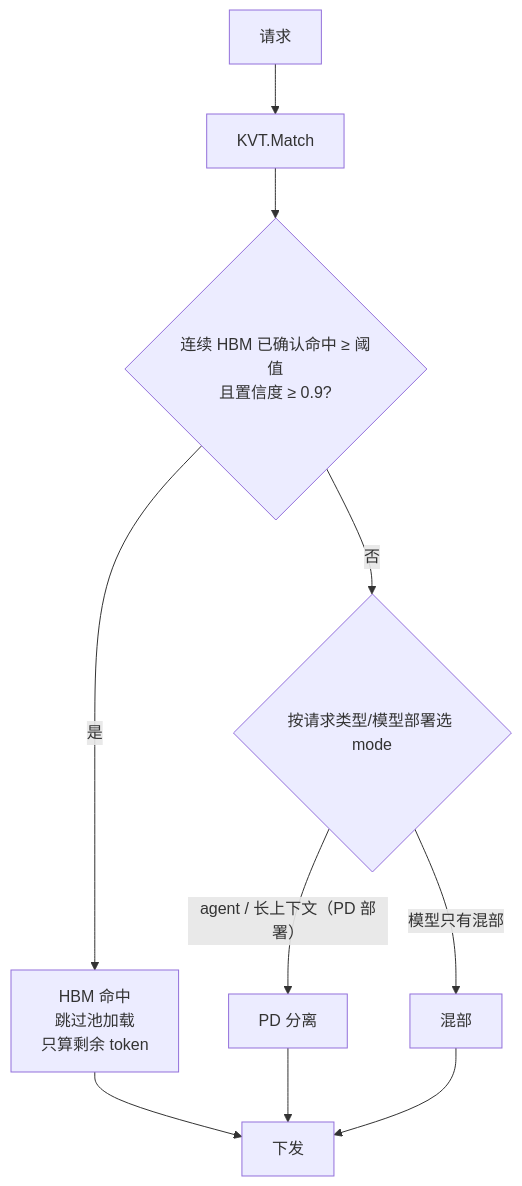
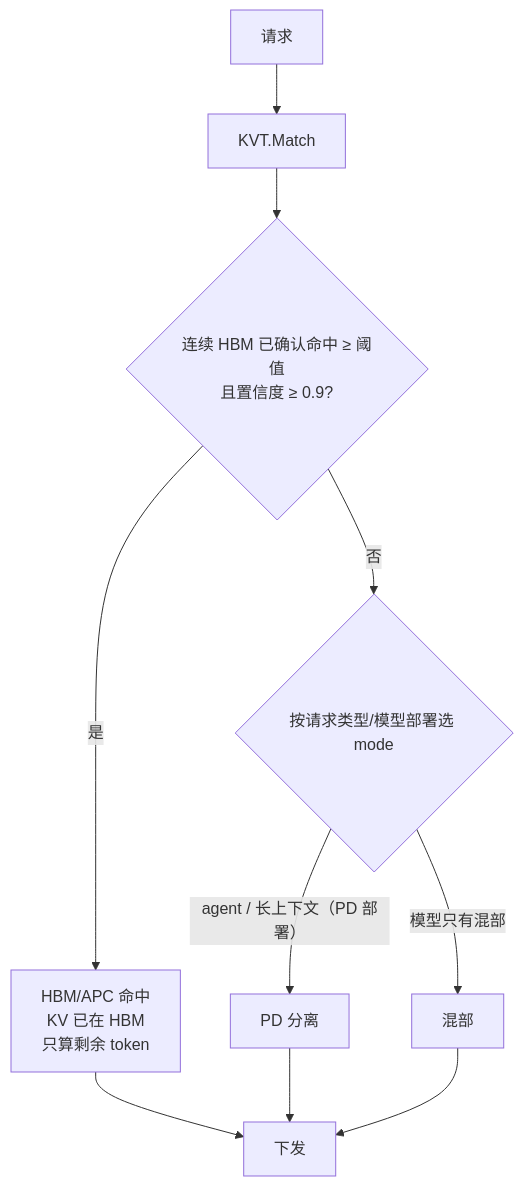
One commit to 5x8-40/lake changed the second of 9 diagrams in kvcm/design/D8b-scheduling-sequences.md. Above: the diagram before and after it, drawn with Mermaid. The commit also changed other lines of this file and 2 other files, not shown here.

First line of the commit message:
docs(kvcm): 修正 turnkey/三段公式/layerwise 残差/HBM 命中口径

````diff
--- a/kvcm/design/D8b-scheduling-sequences.md
+++ b/kvcm/design/D8b-scheduling-sequences.md
@@ -63,12 +63,12 @@
 ```mermaid
 flowchart TB
     S["请求"] --> H["KVT.Match"]
     H --> D{"连续 HBM 已确认命中 ≥ 阈值<br/>且置信度 ≥ 0.9?"}
-    D -->|"是"| HB["HBM 命中<br/>跳过池加载<br/>只算剩余 token"]
+    D -->|"是"| HB["HBM/APC 命中<br/>KV 已在 HBM<br/>只算剩余 token"]
     D -->|"否"| M{"按请求类型/模型部署选 mode"}
     M -->|"agent / 长上下文（PD 部署）"| PD["PD 分离"]
     M -->|"模型只有混部"| CO["混部"]
     HB --> O["下发"]
     PD --> O
     CO --> O
 ```
````
